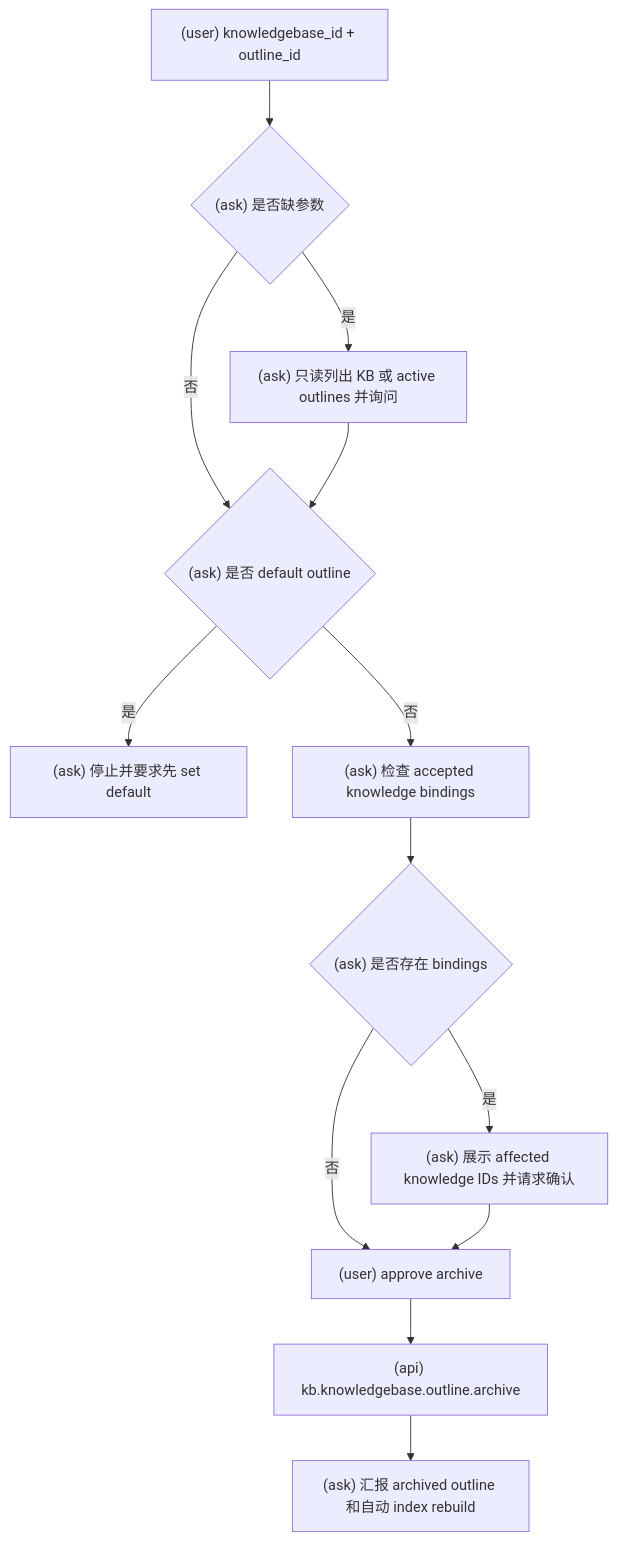
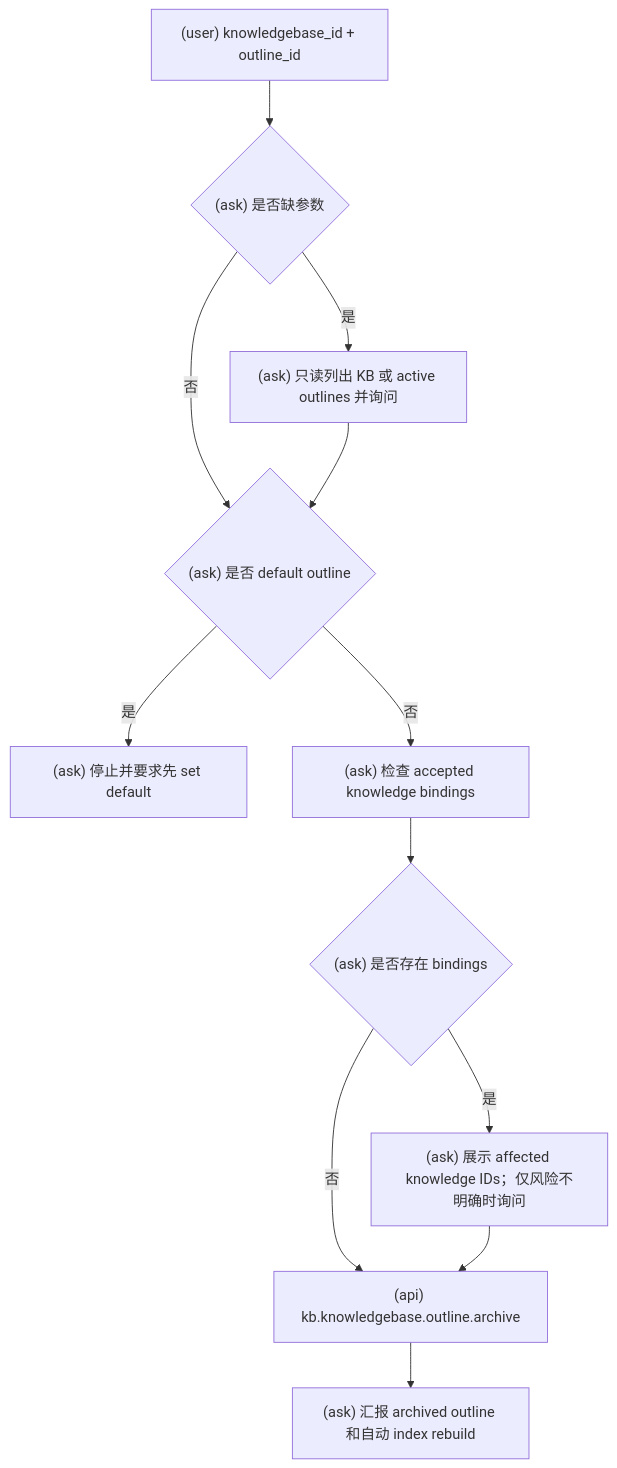
Before and after one commit to srangerme/KBManager: the sixth of 6 diagrams in skills/kbm-kb/SKILL.md, drawn with Mermaid. The commit also changed other lines of this file and 48 other files, not shown here.

````diff
--- a/skills/kbm-kb/SKILL.md
+++ b/skills/kbm-kb/SKILL.md
@@ -158,15 +158,14 @@
 ```mermaid
 flowchart TD
   A["(user) knowledgebase_id + outline_id"] --> B{"(ask) 是否缺参数"}
   B -- 是 --> C["(ask) 只读列出 KB 或 active outlines 并询问"]
   B -- 否 --> D{"(ask) 是否 default outline"}
   C --> D
   D -- 是 --> E["(ask) 停止并要求先 set default"]
   D -- 否 --> F["(ask) 检查 accepted knowledge bindings"]
   F --> G{"(ask) 是否存在 bindings"}
-  G -- 是 --> H["(ask) 展示 affected knowledge IDs 并请求确认"]
-  G -- 否 --> I["(user) approve archive"]
+  G -- 是 --> H["(ask) 展示 affected knowledge IDs；仅风险不明确时询问"]
+  G -- 否 --> I["(api) kb.knowledgebase.outline.archive"]
   H --> I
-  I --> J["(api) kb.knowledgebase.outline.archive"]
-  J --> K["(ask) 汇报 archived outline 和自动 index rebuild"]
+  I --> K["(ask) 汇报 archived outline 和自动 index rebuild"]
 ```
````
